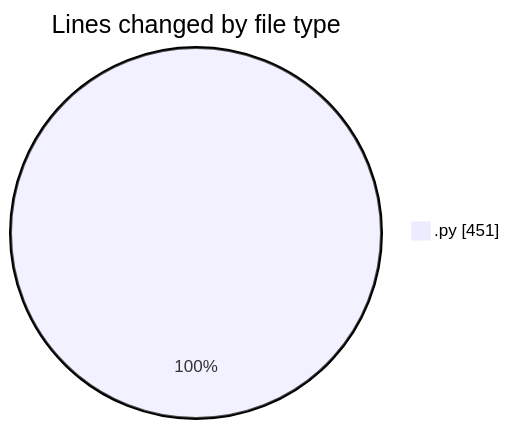
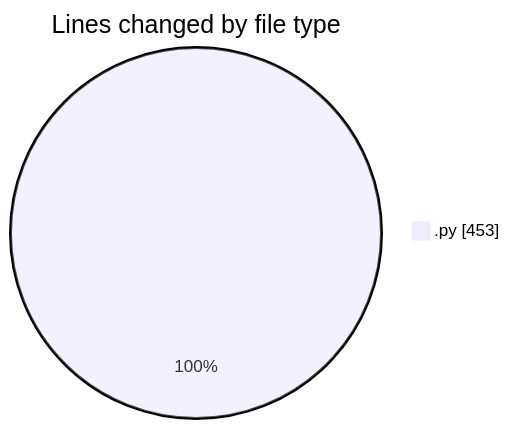
The first of 2 diagrams in 2025-03-25/samplepdf/README.md (momahboobian/code-tracking), drawn with Mermaid before and after one commit. The commit also changed other lines of this file and 1 other file, not shown here.

````diff
--- a/2025-03-25/samplepdf/README.md
+++ b/2025-03-25/samplepdf/README.md
@@ -23,5 +23,5 @@
 ```mermaid
 pie showData
 title Lines changed by file type
-".py" : 451
+".py" : 453
 ```
````
